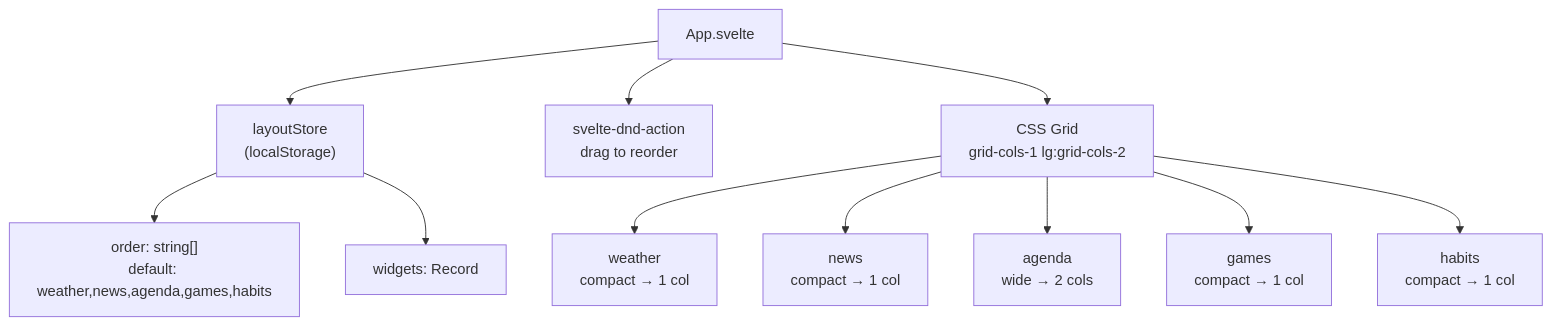
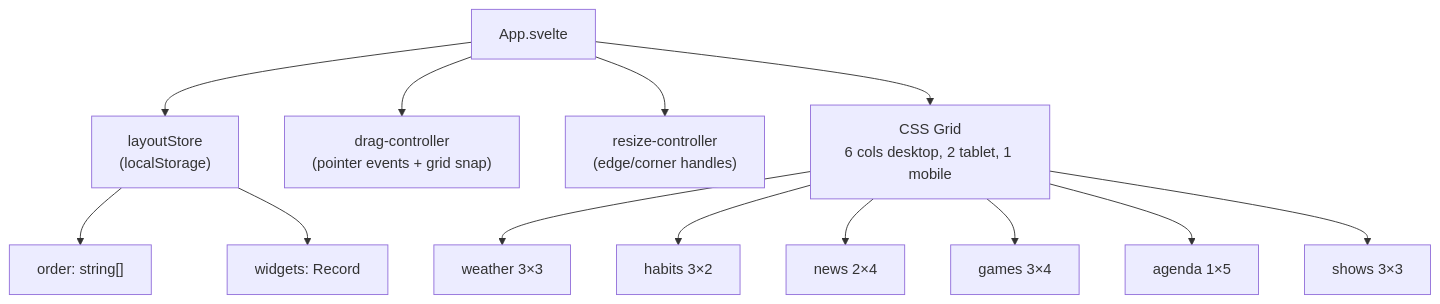
One commit to gabrielLoff/dashboard changed the second of 3 diagrams in docs/architecture/widget-lifecycle.md. Above: the diagram before and after it, drawn with Mermaid. The commit also changed other lines of this file and 4 other files, not shown here.

First line of the commit message:
docs: update architecture docs for widget manifest and registry pattern

````diff
--- a/docs/architecture/widget-lifecycle.md
+++ b/docs/architecture/widget-lifecycle.md
@@ -99,15 +91,17 @@
 ```mermaid
 flowchart TD
     App["App.svelte"] --> LayoutStore["layoutStore<br/>(localStorage)"]
-    LayoutStore --> Order["order: string[]<br/>default: weather,news,agenda,games,habits"]
-    LayoutStore --> Sizes["widgets: Record<id, size>"]
+    LayoutStore --> Order["order: string[]"]
+    LayoutStore --> Positions["widgets: Record<id, WidgetLayout>"]
 
-    App --> DnD["svelte-dnd-action<br/>drag to reorder"]
-    App --> Grid["CSS Grid<br/>grid-cols-1 lg:grid-cols-2"]
+    App --> DragCtrl["drag-controller<br/>(pointer events + grid snap)"]
+    App --> ResizeCtrl["resize-controller<br/>(edge/corner handles)"]
+    App --> Grid["CSS Grid<br/>6 cols desktop, 2 tablet, 1 mobile"]
 
-    Grid --> W1["weather<br/>compact → 1 col"]
-    Grid --> W2["news<br/>compact → 1 col"]
-    Grid --> W3["agenda<br/>wide → 2 cols"]
-    Grid --> W4["games<br/>compact → 1 col"]
-    Grid --> W5["habits<br/>compact → 1 col"]
+    Grid --> W1["weather 3×3"]
+    Grid --> W2["habits 3×2"]
+    Grid --> W3["news 2×4"]
+    Grid --> W4["games 3×4"]
+    Grid --> W5["agenda 1×5"]
+    Grid --> W6["shows 3×3"]
 ```
````
